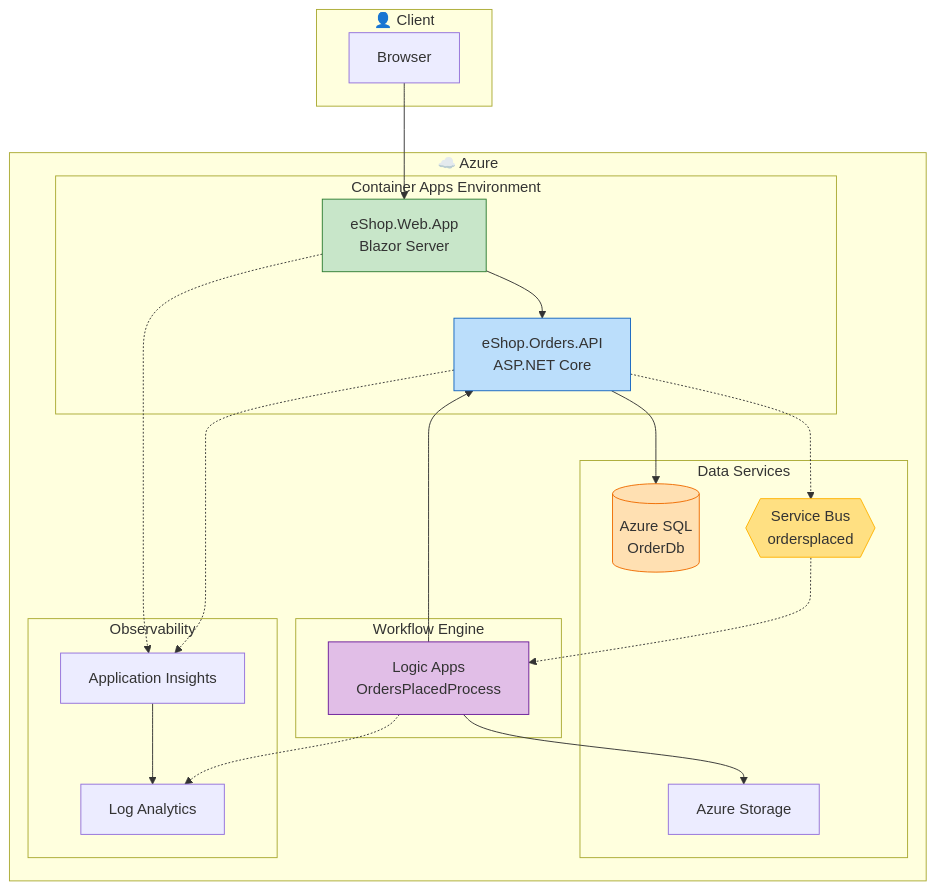
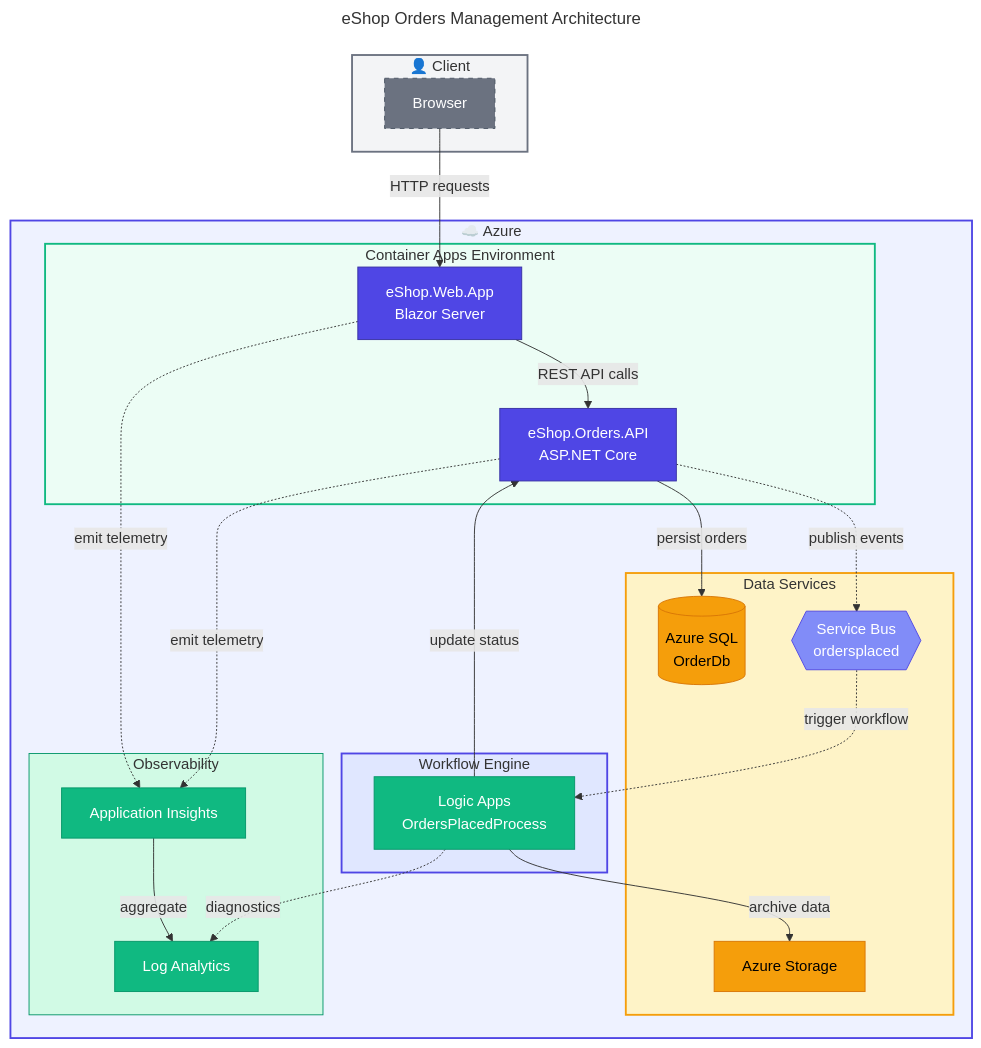
The diagram in README.md (Evilazaro/Azure-LogicApps-Monitoring), drawn with Mermaid before and after one commit. The commit also changed 2 other files, not shown here.

Commit message:
docs: enhance architecture diagrams with detailed connections and styling for clarity

````diff
--- a/README.md
+++ b/README.md
@@ -53,46 +53,72 @@
 ```mermaid
+---
+title: eShop Orders Management Architecture
+---
 flowchart TB
+    %% ===== CLIENT LAYER =====
     subgraph client["👤 Client"]
         browser["Browser"]
     end
 
+    %% ===== AZURE CLOUD =====
     subgraph azure["☁️ Azure"]
+        %% ===== CONTAINER APPS =====
         subgraph aca["Container Apps Environment"]
             webapp["eShop.Web.App<br/>Blazor Server"]
             api["eShop.Orders.API<br/>ASP.NET Core"]
         end
 
+        %% ===== DATA SERVICES =====
         subgraph data["Data Services"]
             sql[("Azure SQL<br/>OrderDb")]
             sb{{"Service Bus<br/>ordersplaced"}}
             storage["Azure Storage"]
         end
 
+        %% ===== WORKFLOW ENGINE =====
         subgraph workflow["Workflow Engine"]
             logicapp["Logic Apps<br/>OrdersPlacedProcess"]
         end
 
+        %% ===== OBSERVABILITY =====
         subgraph monitoring["Observability"]
             insights["Application Insights"]
             logs["Log Analytics"]
         end
     end
 
-    browser --> webapp
-    webapp --> api
-    api --> sql
-    api -.-> sb
-    sb -.-> logicapp
-    logicapp --> api
-    logicapp --> storage
-    api -.-> insights
-    webapp -.-> insights
-    logicapp -.-> logs
-    insights --> logs
+    %% ===== CONNECTIONS WITH LABELS =====
+    browser -->|"HTTP requests"| webapp
+    webapp -->|"REST API calls"| api
+    api -->|"persist orders"| sql
+    api -.->|"publish events"| sb
+    sb -.->|"trigger workflow"| logicapp
+    logicapp -->|"update status"| api
+    logicapp -->|"archive data"| storage
+    api -.->|"emit telemetry"| insights
+    webapp -.->|"emit telemetry"| insights
+    logicapp -.->|"diagnostics"| logs
+    insights -->|"aggregate"| logs
 
-    style webapp fill:#C8E6C9,stroke:#2E7D32
-    style api fill:#BBDEFB,stroke:#1565C0
-    style logicapp fill:#E1BEE7,stroke:#6A1B9A
-    style sql fill:#FFE0B2,stroke:#EF6C00
-    style sb fill:#FFE082,stroke:#FFB300
+    %% ===== STYLING: NODE CLASSES =====
+    classDef primary fill:#4F46E5,stroke:#3730A3,color:#FFFFFF
+    classDef secondary fill:#10B981,stroke:#059669,color:#FFFFFF
+    classDef datastore fill:#F59E0B,stroke:#D97706,color:#000000
+    classDef external fill:#6B7280,stroke:#4B5563,color:#FFFFFF,stroke-dasharray:5 5
+    classDef trigger fill:#818CF8,stroke:#4F46E5,color:#FFFFFF
+
+    class browser external
+    class webapp,api primary
+    class sql,storage datastore
+    class sb trigger
+    class logicapp secondary
+    class insights,logs secondary
+
+    %% ===== STYLING: SUBGRAPH BACKGROUNDS =====
+    style client fill:#F3F4F6,stroke:#6B7280,stroke-width:2px
+    style azure fill:#EEF2FF,stroke:#4F46E5,stroke-width:2px
+    style aca fill:#ECFDF5,stroke:#10B981,stroke-width:2px
+    style data fill:#FEF3C7,stroke:#F59E0B,stroke-width:2px
+    style workflow fill:#E0E7FF,stroke:#4F46E5,stroke-width:2px
+    style monitoring fill:#D1FAE5,stroke:#059669,stroke-width:1px
 ```
````
